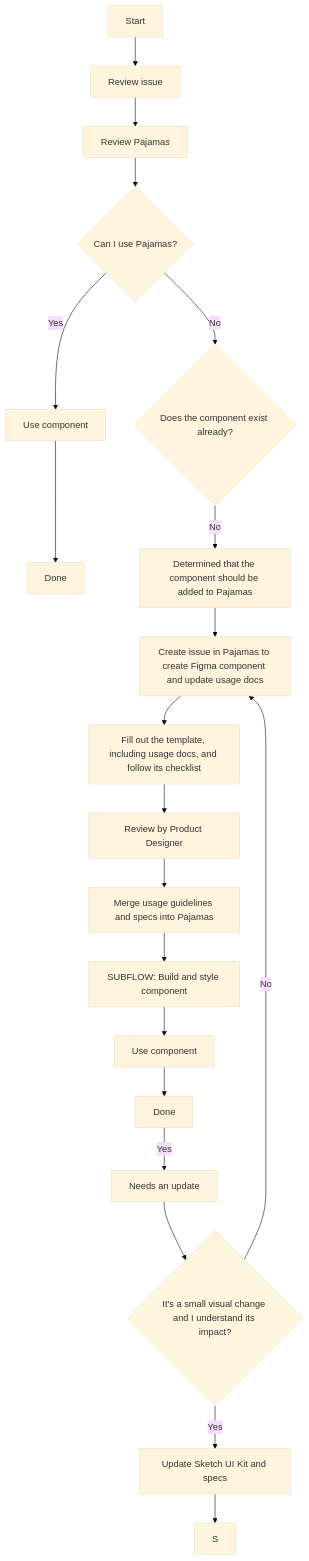
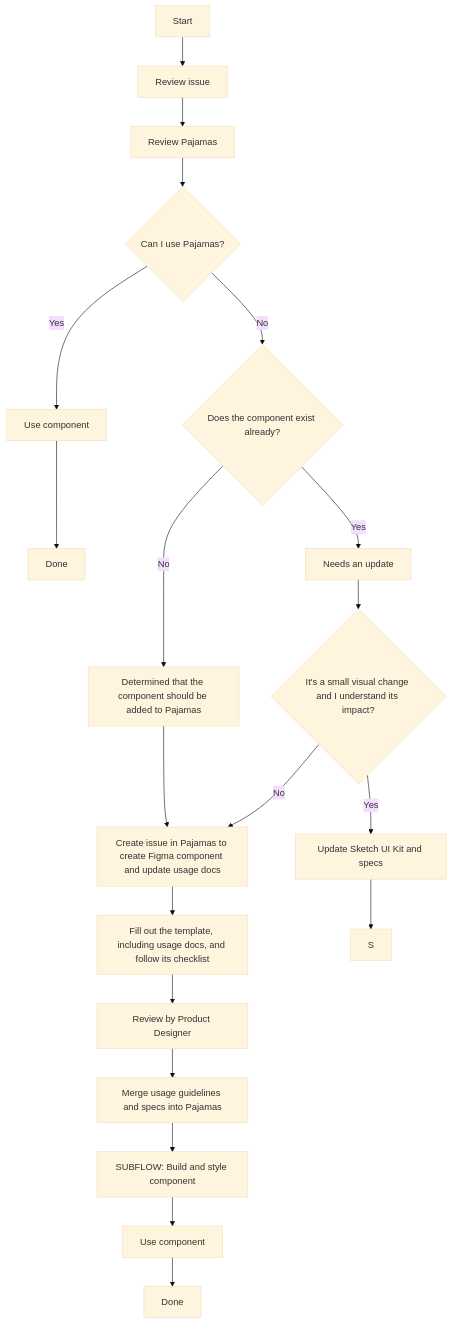
The diagram in doc/component-lifecycle.md (khulnasoft-lab/design.khulnasoft.com), drawn with Mermaid (base theme) before and after one commit.

Commit message:
Change yes/no for if component exists

````diff
--- a/doc/component-lifecycle.md
+++ b/doc/component-lifecycle.md
@@ -64,25 +64,25 @@
 ```mermaid
 graph TD;
 A[Start] -->B[Review issue]
 B--> C[Review Pajamas]
 click C "https://design.gitlab.com"
 C-->D{Can I use Pajamas?}
 D-->|Yes| E[Use component]
 E-->F[Done]
 D-->|No| G{Does the component exist already?}
 G-->|No| H[Determined that the component should be added to Pajamas]
 H-->I[Create issue in Pajamas to create Figma component and update usage docs]
 click I "https://gitlab.com/gitlab-org/gitlab-services/design.gitlab.com/-/issues/new?issuable_template=New%20component"
 I-->J[Fill out the template, including usage docs, and follow its checklist]
 J-->K[Review by Product Designer]
 K-->L[Merge usage guidelines and specs into Pajamas]
 L-->M[SUBFLOW: Build and style component]
 click M "https://gitlab.com/gitlab-org/gitlab-ui/blob/master/doc/component-lifecycle.md"
 M-->N[Use component]
 N-->O[Done]
-O-->|Yes| P[Needs an update]
+G-->|Yes| P[Needs an update]
 P-->Q{It's a small visual change and I understand its impact?}
 Q-->|Yes| R[Update Sketch UI Kit and specs]
 R-->S
 Q-->|No| I
 ```
````
